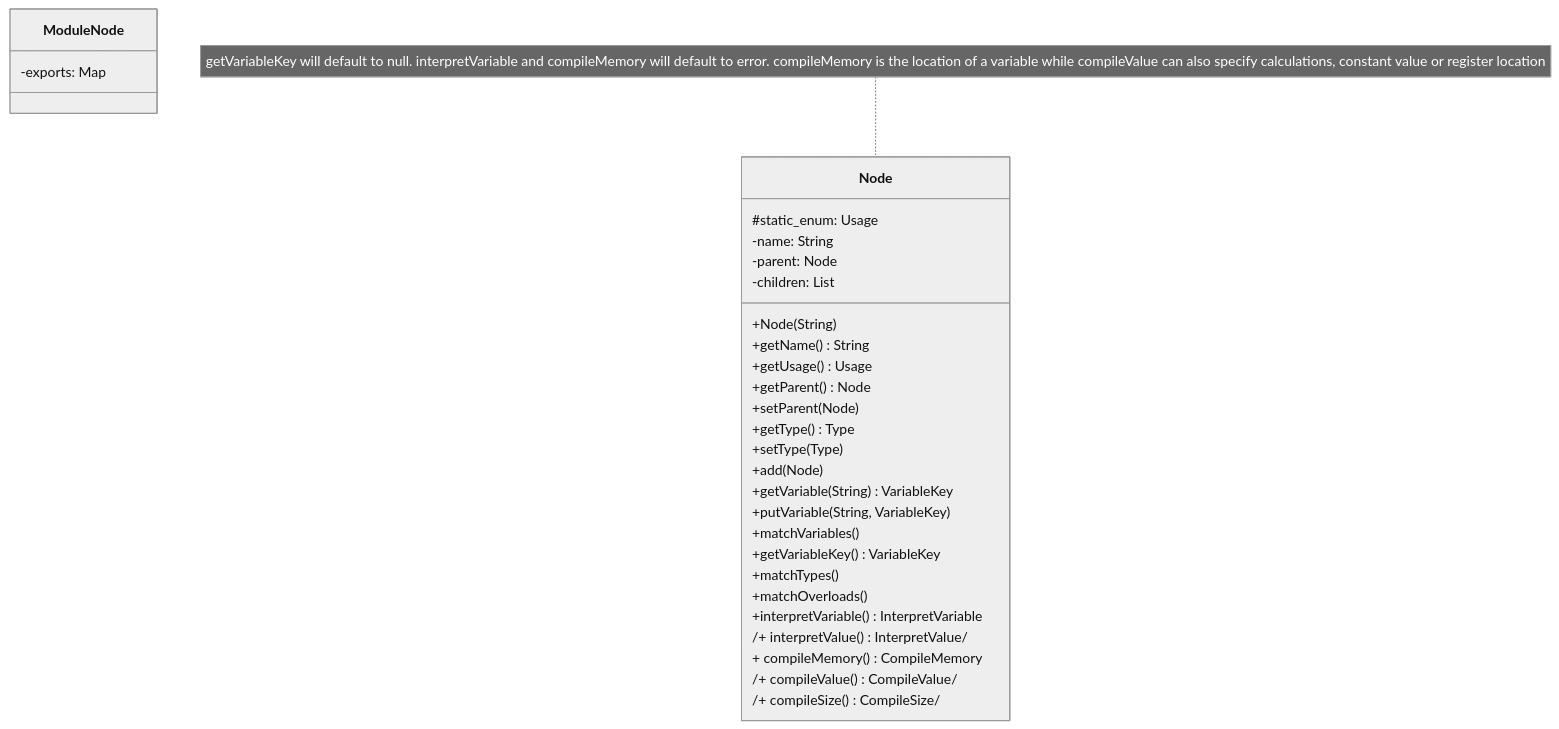
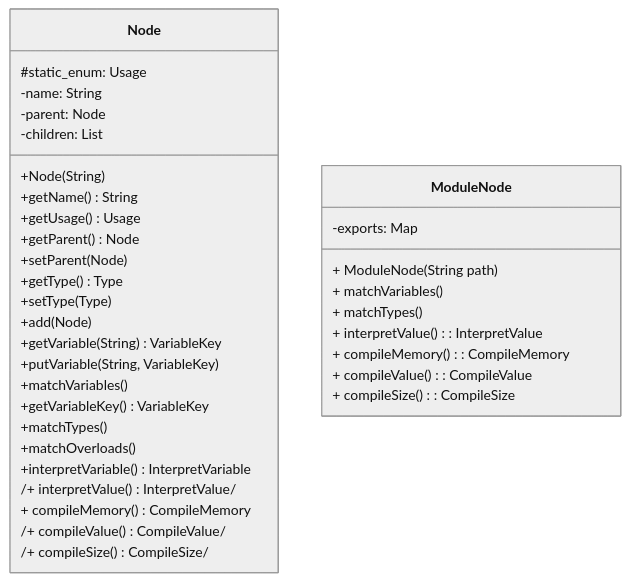
One commit to Jzhyang1/Monomer changed the diagram in UML1.md. Above: the diagram before and after it, drawn with Mermaid (neutral theme). The commit also changed other lines of this file, not shown here.

Commit message:
UML1.md updated from https://stackedit.io/

````diff
--- a/UML1.md
+++ b/UML1.md
@@ -4,35 +6,41 @@
 ```mermaid
 classDiagram
+
 class Node{
 	#static_enum: Usage  
 	-name: String  
 	-parent: Node  
 	-children: List<Node>
 	+Node(String)  
 	+getName() String
 	+getUsage() Usage
 	+getParent() Node
 	+setParent(Node) 
 	+getType() Type
 	+setType(Type) 
 	+add(Node)  
 	+getVariable(String) VariableKey  
 	+putVariable(String, VariableKey)  
 	+matchVariables()  
 	+getVariableKey() VariableKey  
 	+matchTypes()  
 	+matchOverloads()  
 	+interpretVariable() InterpretVariable  
 	/+ interpretValue() InterpretValue/  
 	+ compileMemory() CompileMemory  
 	/+ compileValue() CompileValue/  
 	/+ compileSize() CompileSize/
 }
 
 
-note for Node "getVariableKey will default to null. interpretVariable and compileMemory will default to error. compileMemory is the location of a variable while compileValue can also specify calculations, constant value or register location"
-
 class ModuleNode{
 	-exports: Map<String,VariableKey>
+	+ ModuleNode(String path)  
+	+ matchVariables()  
+	+ matchTypes()  
+	+ interpretValue() : InterpretValue  
+	+ compileMemory() : CompileMemory  
+	+ compileValue() : CompileValue  
+	+ compileSize() : CompileSize
 }
 ```
````
